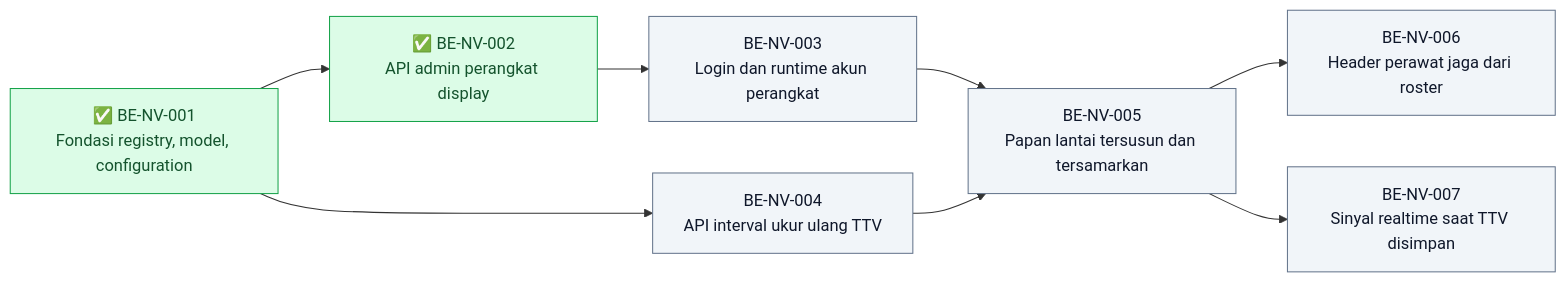
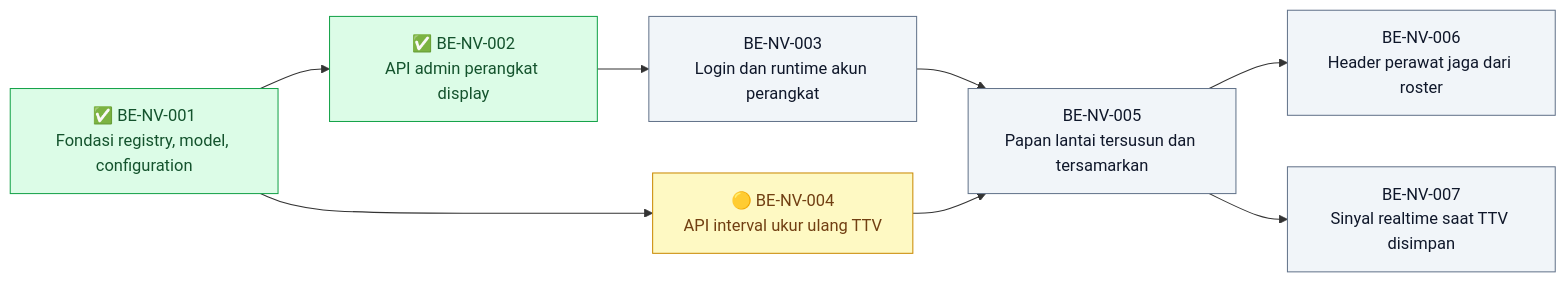
One commit to DevBenari/NewQuilvianSystemBackend changed the diagram in docs/module-blueprints/nurse-view/roadmap/backend-roadmap.md. Above: the diagram before and after it, drawn with Mermaid. The commit also changed other lines of this file and 10 other files, not shown here.

````diff
--- a/docs/module-blueprints/nurse-view/roadmap/backend-roadmap.md
+++ b/docs/module-blueprints/nurse-view/roadmap/backend-roadmap.md
@@ -22,24 +22,24 @@
 ```mermaid
 flowchart LR
     classDef selesai fill:#DCFCE7,stroke:#16A34A,color:#14532D
     classDef sebagian fill:#FEF9C3,stroke:#CA8A04,color:#713F12
     classDef terblokir fill:#FEE2E2,stroke:#DC2626,color:#7F1D1D
     classDef belum fill:#F1F5F9,stroke:#64748B,color:#0F172A
     classDef luar fill:#EDE9FE,stroke:#7C3AED,color:#3B0764
 
     BENV001["✅ BE-NV-001<br/>Fondasi registry, model, configuration"]:::selesai
     BENV002["✅ BE-NV-002<br/>API admin perangkat display"]:::selesai
     BENV003["BE-NV-003<br/>Login dan runtime akun perangkat"]:::belum
-    BENV004["BE-NV-004<br/>API interval ukur ulang TTV"]:::belum
+    BENV004["🟡 BE-NV-004<br/>API interval ukur ulang TTV"]:::sebagian
     BENV005["BE-NV-005<br/>Papan lantai tersusun dan tersamarkan"]:::belum
     BENV006["BE-NV-006<br/>Header perawat jaga dari roster"]:::belum
     BENV007["BE-NV-007<br/>Sinyal realtime saat TTV disimpan"]:::belum
 
     BENV001 --> BENV002
     BENV001 --> BENV004
     BENV002 --> BENV003
     BENV003 --> BENV005
     BENV004 --> BENV005
     BENV005 --> BENV006
     BENV005 --> BENV007
 ```
````
